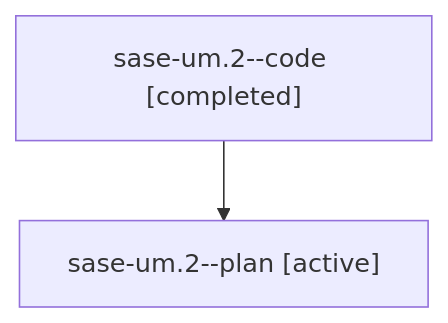
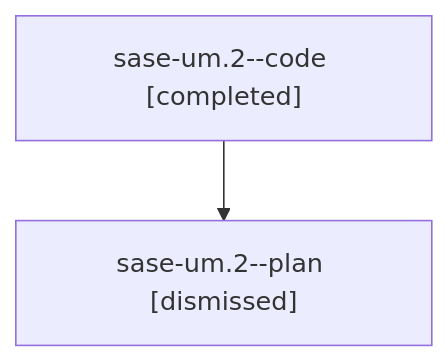
The diagram in sessions/bbugyi200.athena.sase-um.2.md (sase-org/sase--agents), drawn with Mermaid before and after one commit. The commit also changed other lines of this file and 243 other files, not shown here.

````diff
--- a/sessions/bbugyi200.athena.sase-um.2.md
+++ b/sessions/bbugyi200.athena.sase-um.2.md
@@ -9,6 +9,6 @@
 ```mermaid
 flowchart TD
   n0["sase-um.2--code [completed]"]
-  n1["sase-um.2--plan [active]"]
+  n1["sase-um.2--plan [dismissed]"]
   n0 --> n1
 ```
````
